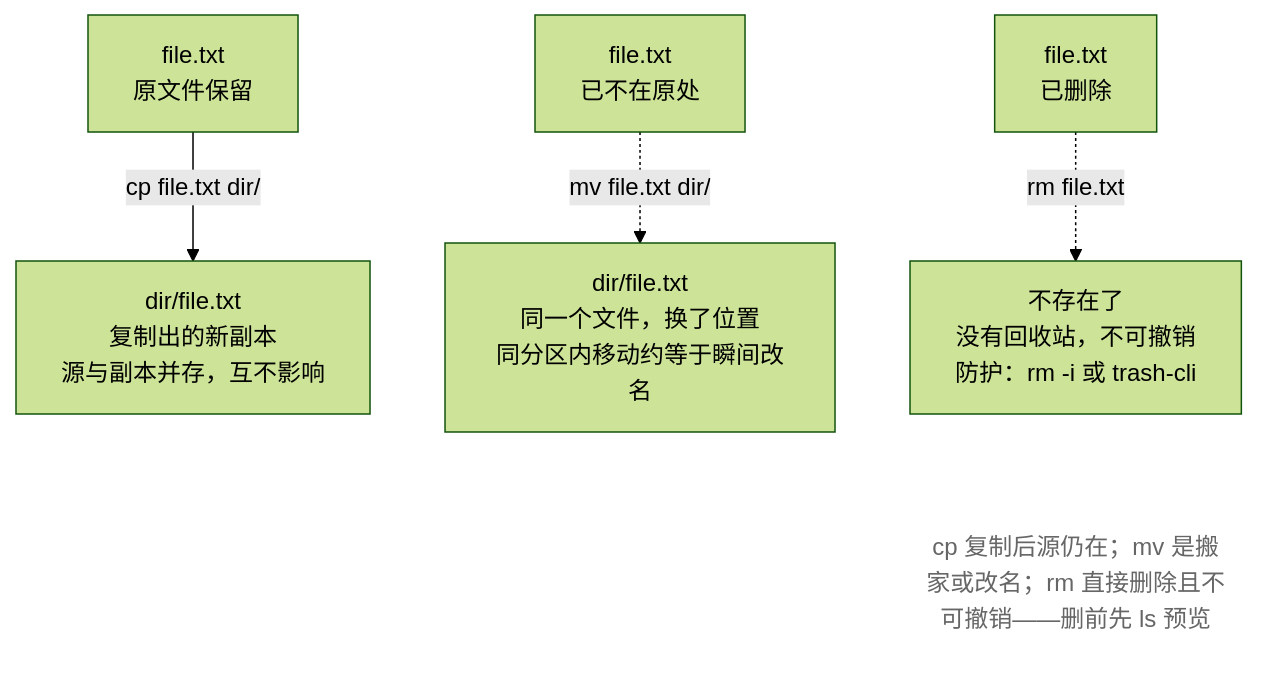
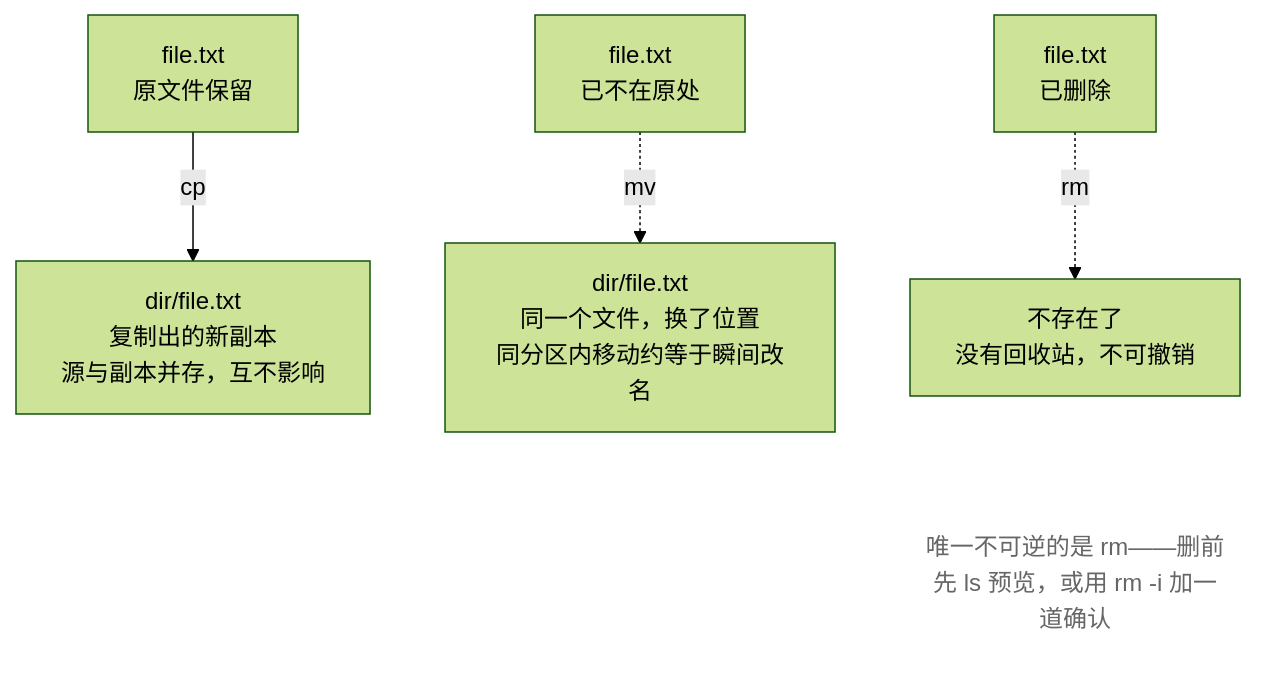
The second of 2 diagrams in src/linux-command/ch03.md (wangxiangnan/wangxiangnan.github.io), drawn with Mermaid (forest theme) before and after one commit. The commit also changed other lines of this file and 25 other files, not shown here.

````diff
--- a/src/linux-command/ch03.md
+++ b/src/linux-command/ch03.md
@@ -245,18 +245,18 @@
 ```mermaid
 flowchart TB
     A["file.txt<br>原文件保留"]
     B["dir/file.txt<br>复制出的新副本<br>源与副本并存，互不影响"]
     C["file.txt<br>已不在原处"]
     D["dir/file.txt<br>同一个文件，换了位置<br>同分区内移动约等于瞬间改名"]
     E["file.txt<br>已删除"]
-    F["不存在了<br>没有回收站，不可撤销<br>防护：rm -i 或 trash-cli"]
-    N["cp 复制后源仍在；mv 是搬家或改名；rm 直接删除且不可撤销——删前先 ls 预览"]
+    F["不存在了<br>没有回收站，不可撤销"]
+    N["唯一不可逆的是 rm——删前先 ls 预览，或用 rm -i 加一道确认"]
 
-    A -->|cp file.txt dir/| B
-    C -.->|mv file.txt dir/| D
-    E -.->|rm file.txt| F
+    A -->|"cp"| B
+    C -.->|"mv"| D
+    E -.->|"rm"| F
     F ~~~ N
 
     classDef note fill:none,stroke:none,color:#666
     class N note
 ```
````
